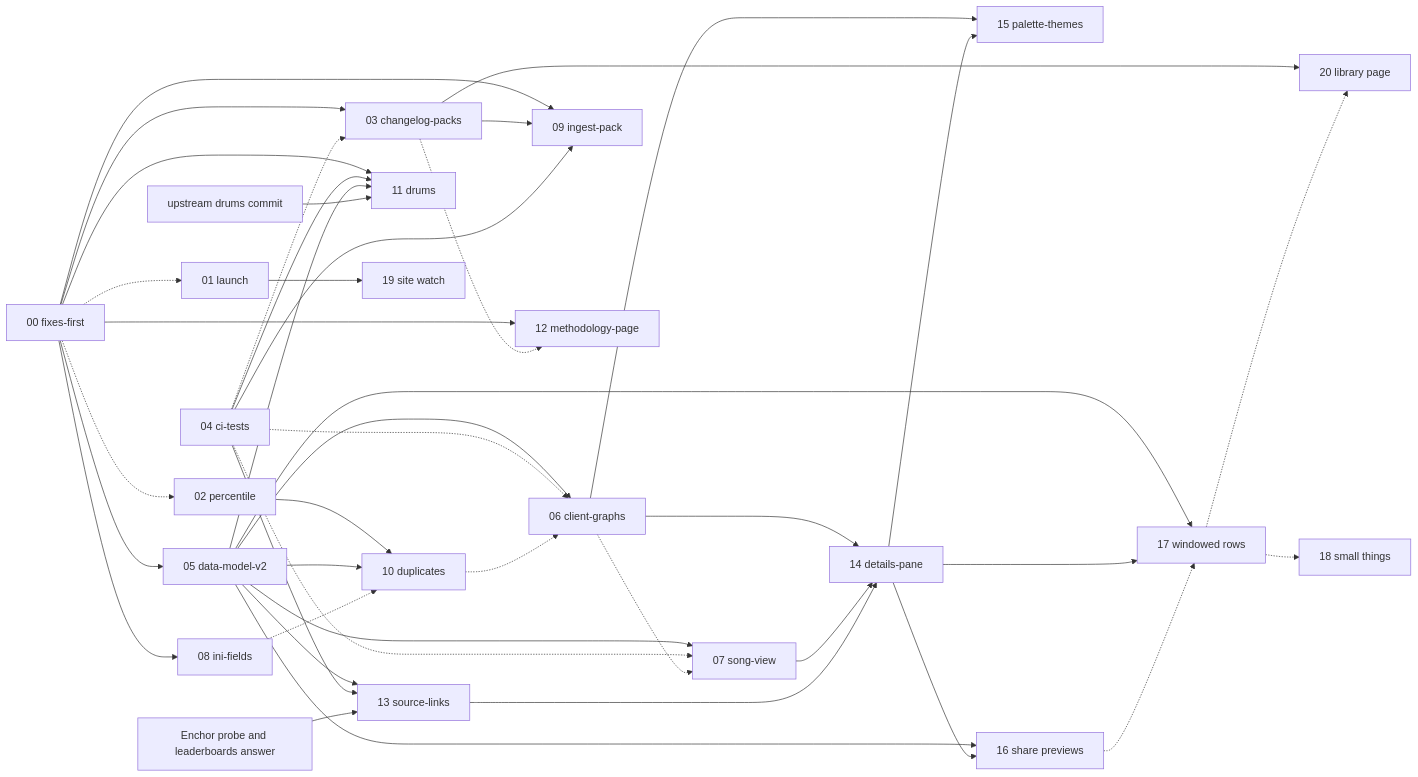
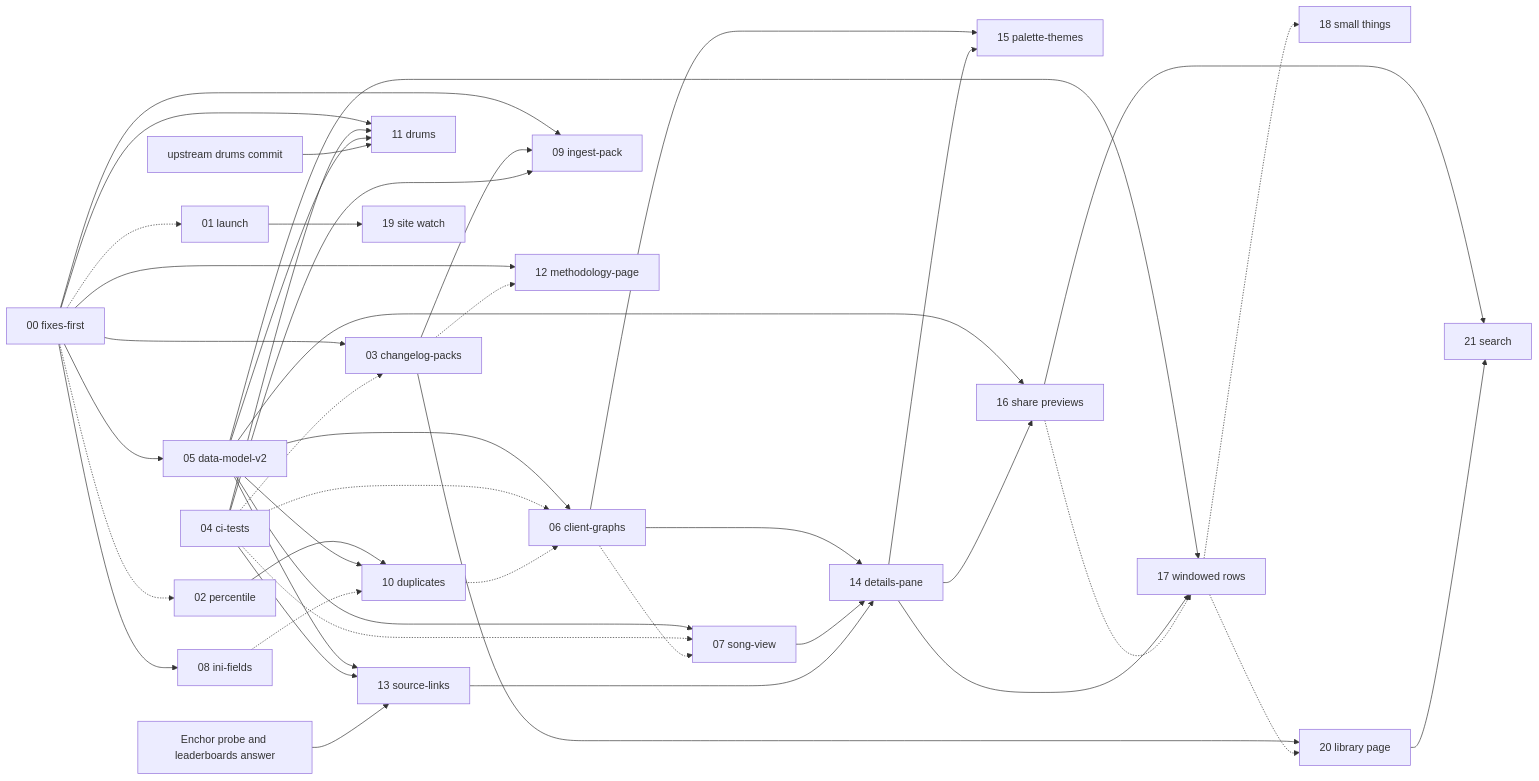
The diagram in docs/spec/README.md (ChaseFranz/fretwork), drawn with Mermaid before and after one commit. The commit also changed other lines of this file and 18 other files, not shown here.

````diff
--- a/docs/spec/README.md
+++ b/docs/spec/README.md
@@ -71,68 +73,71 @@
 ```mermaid
 flowchart LR
   S00[00 fixes-first]
   S01[01 launch]
   S02[02 percentile]
   S03[03 changelog-packs]
   S04[04 ci-tests]
   S05[05 data-model-v2]
   S06[06 client-graphs]
   S07[07 song-view]
   S08[08 ini-fields]
   S09[09 ingest-pack]
   S10[10 duplicates]
   S11[11 drums]
   S12[12 methodology-page]
   S13[13 source-links]
   S14[14 details-pane]
   S15[15 palette-themes]
   UP[upstream drums commit]
   PROBE[Enchor probe and leaderboards answer]
 
   S00 --> S03
   S00 --> S05
   S00 --> S08
   S00 --> S12
   S00 --> S09
   S03 --> S09
   S04 --> S09
   S02 --> S10
   S05 --> S10
   S05 --> S06
   S05 --> S07
   S05 --> S13
   S04 --> S13
   PROBE --> S13
   S00 --> S11
   S04 --> S11
   S05 --> S11
   UP --> S11
   S00 -.-> S01
   S00 -.-> S02
   S04 -.-> S03
   S04 -.-> S06
   S04 -.-> S07
   S06 -.-> S07
   S08 -.-> S10
   S10 -.-> S06
   S03 -.-> S12
   S16[16 share previews]
   S17[17 windowed rows]
   S18[18 small things]
   S19[19 site watch]
   S20[20 library page]
   S06 --> S14
   S07 --> S14
   S13 --> S14
   S06 --> S15
   S14 --> S15
   S05 --> S16
   S14 --> S16
   S05 --> S17
   S14 --> S17
   S01 --> S19
   S03 --> S20
   S16 -.-> S17
   S17 -.-> S18
   S17 -.-> S20
+  S21[21 search]
+  S16 --> S21
+  S20 --> S21
 ```
````
